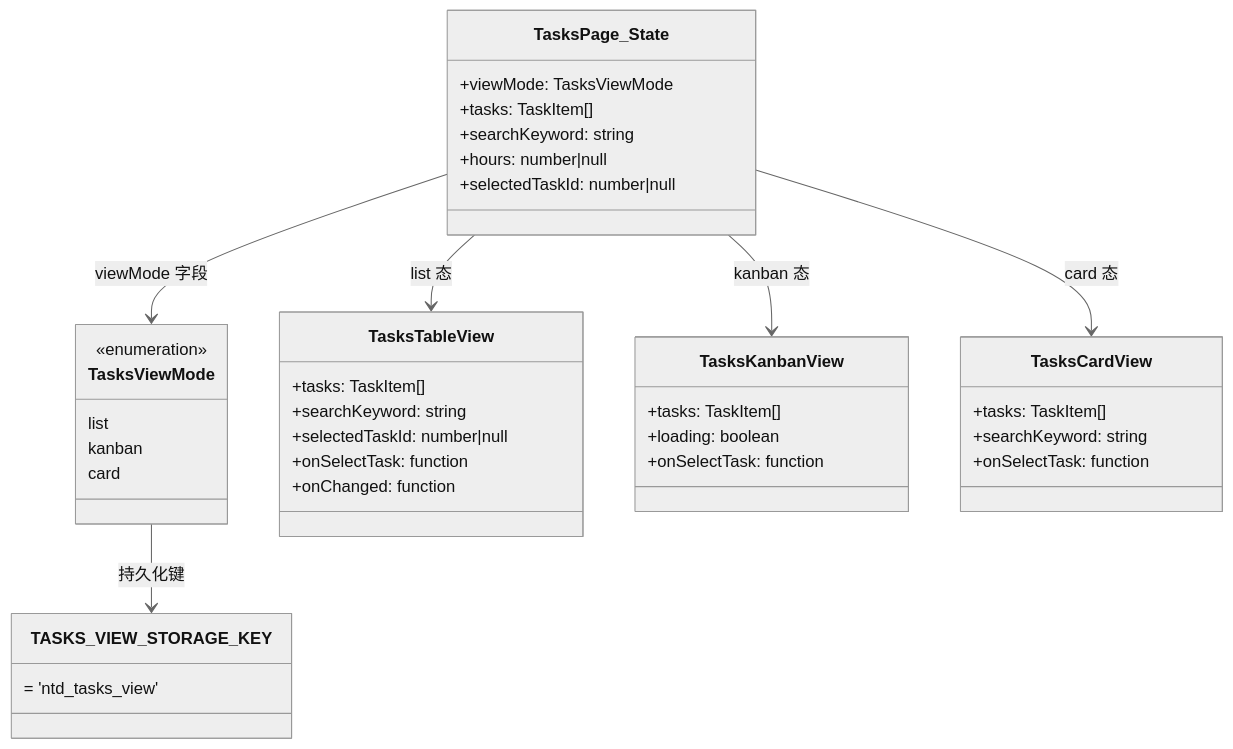
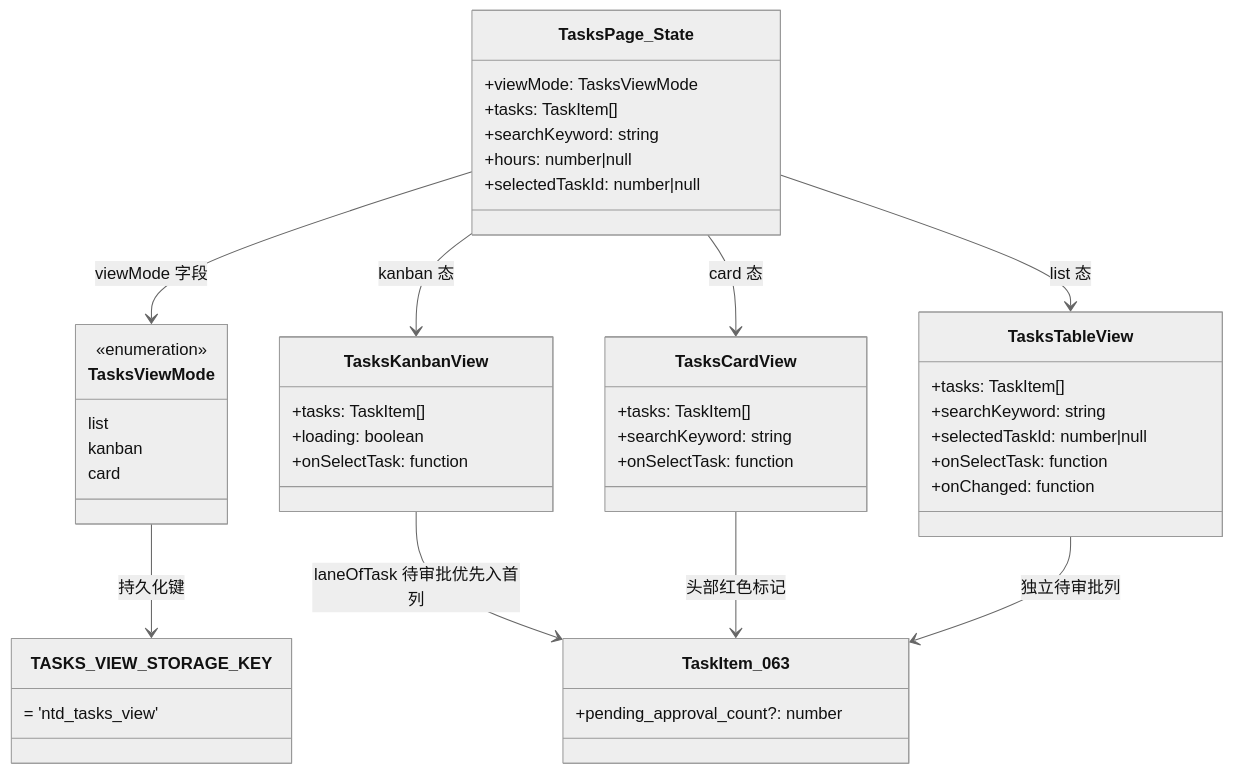
Before and after one commit to weibaohui/ntd: the third of 4 diagrams in frontend/src/help/pages/tasks-view-switch.md, drawn with Mermaid (neutral theme). The commit also changed other lines of this file and 12 other files, not shown here.

````diff
--- a/frontend/src/help/pages/tasks-view-switch.md
+++ b/frontend/src/help/pages/tasks-view-switch.md
@@ -40,41 +42,47 @@
 ```mermaid
 classDiagram
   class TasksViewMode {
     <<enumeration>>
     list
     kanban
     card
   }
   class TASKS_VIEW_STORAGE_KEY {
     = 'ntd_tasks_view'
   }
   class TasksPage_State {
     +viewMode: TasksViewMode
     +tasks: TaskItem[]
     +searchKeyword: string
     +hours: number|null
     +selectedTaskId: number|null
   }
   class TasksTableView {
     +tasks: TaskItem[]
     +searchKeyword: string
     +selectedTaskId: number|null
     +onSelectTask: function
     +onChanged: function
   }
   class TasksKanbanView {
     +tasks: TaskItem[]
     +loading: boolean
     +onSelectTask: function
   }
+  class TaskItem_063 {
+    +pending_approval_count?: number
+  }
+  TasksKanbanView --> TaskItem_063 : laneOfTask 待审批优先入首列
+  TasksCardView --> TaskItem_063 : 头部红色标记
+  TasksTableView --> TaskItem_063 : 独立待审批列
   class TasksCardView {
     +tasks: TaskItem[]
     +searchKeyword: string
     +onSelectTask: function
   }
   TasksPage_State --> TasksViewMode : viewMode 字段
   TasksViewMode --> TASKS_VIEW_STORAGE_KEY : 持久化键
   TasksPage_State --> TasksTableView : list 态
   TasksPage_State --> TasksKanbanView : kanban 态
   TasksPage_State --> TasksCardView : card 态
 ```
````
